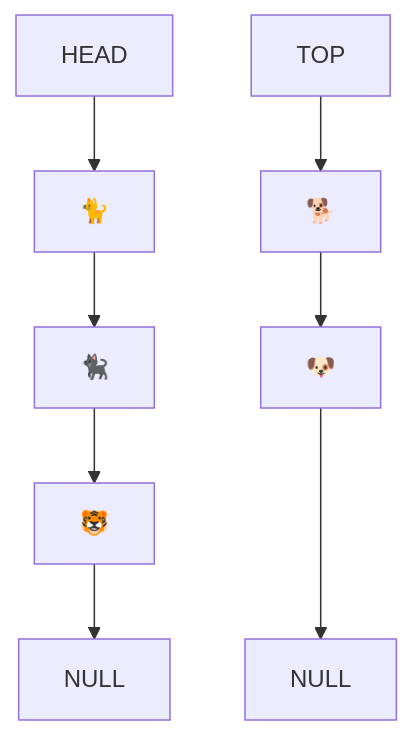
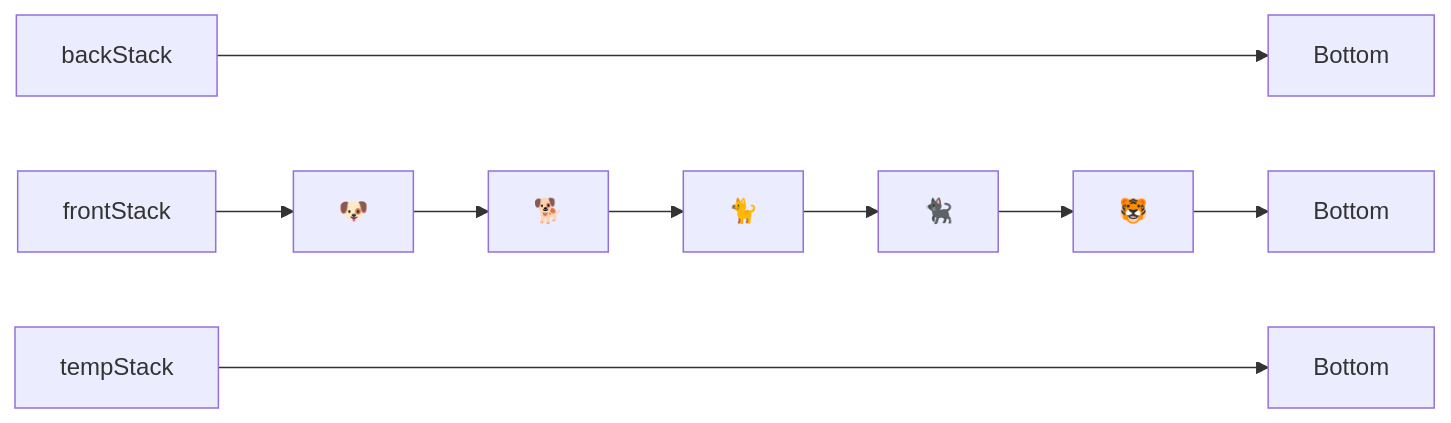
One commit to rmccrear/data-structures-and-algorithms changed the fifth of 17 diagrams in javascript/code-challenges/stack-queue-animal-shelter/README.md. Above: the diagram before and after it, drawn with Mermaid. The commit also changed other lines of this file and 1 other file, not shown here.

Commit message:
update README for stack-queue-animal-shelter using 3 stacks

````diff
--- a/javascript/code-challenges/stack-queue-animal-shelter/README.md
+++ b/javascript/code-challenges/stack-queue-animal-shelter/README.md
@@ -32,6 +60,9 @@
 ```mermaid
-    graph
-    HEAD[HEAD] -->C["🐈"] --> D["🐈‍⬛"]-->E["🐯"] --> TAIL[NULL]
 
-    HEAD2[TOP]-->B["🐕"]-->A["🐶"]--->TAIL2[NULL]
+    graph LR
+
+    BACK_STACK[backStack] -------> BACK_BACK_STACK[Bottom]
+    FRONT_STACK[frontStack] --> A["🐶"] -->B["🐕"]-->C["🐈"] --> D["🐈‍⬛"]-->E["🐯"] --> FRONT_BACK_STACK[Bottom]
+    TEMP_STACK[tempStack] -------> BACK_TEMP_STACK[Bottom]
+
 ```
````
